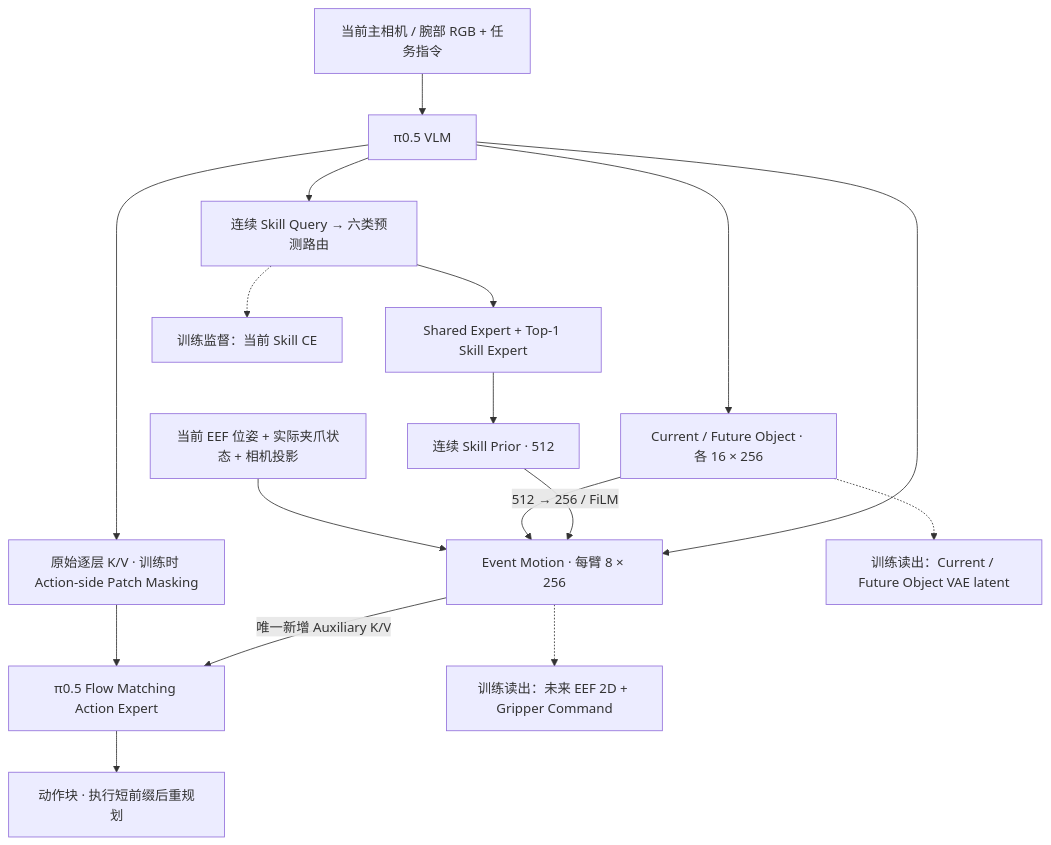
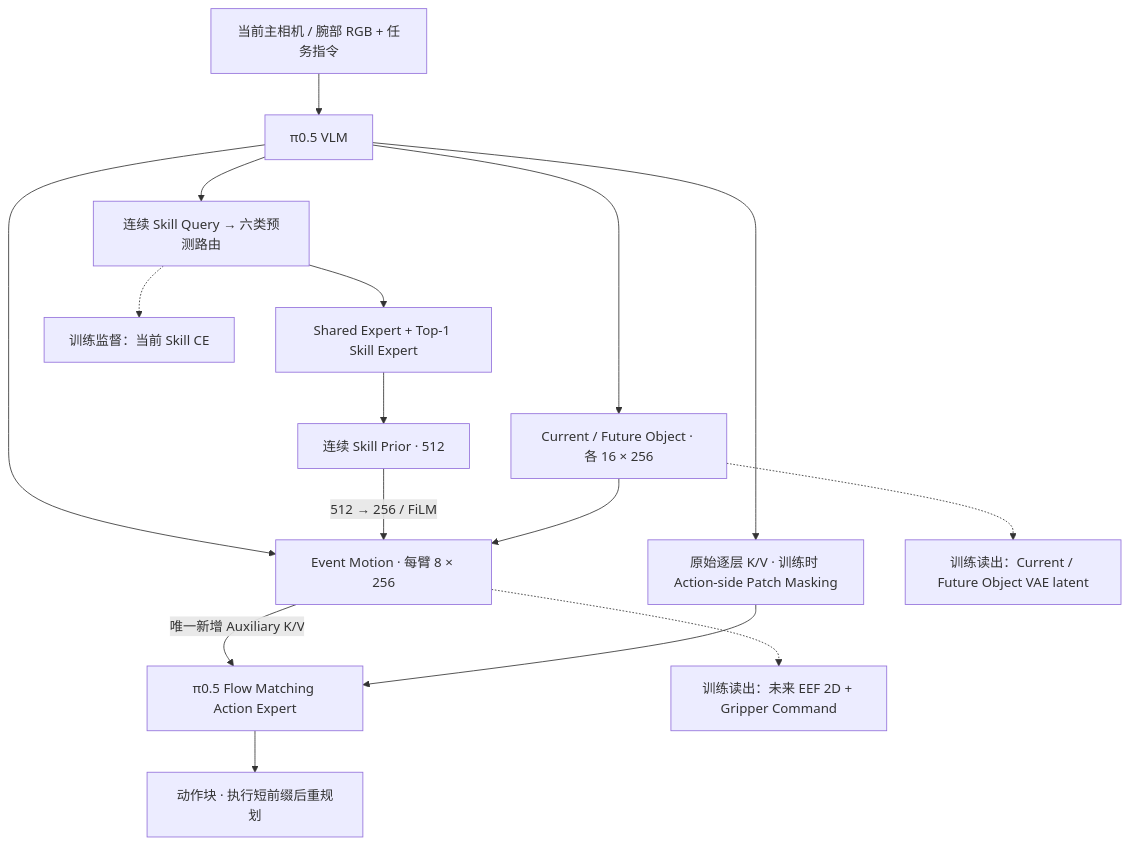
The diagram in docs/design.md (lyk-nju/ESkill-VLA), drawn with Mermaid before and after one commit. The commit also changed other lines of this file and 41 other files, not shown here.

```diff
--- a/docs/design.md
+++ b/docs/design.md
@@ -9,19 +9,18 @@
 ~~~mermaid
 flowchart TD
     O["当前主相机 / 腕部 RGB + 任务指令"] --> V["π0.5 VLM"]
     V --> S["连续 Skill Query → 六类预测路由"]
     S --> E["Shared Expert + Top-1 Skill Expert"]
     E --> P["连续 Skill Prior · 512"]
     V --> G["Current / Future Object · 各 16 × 256"]
     V --> M["Event Motion · 每臂 8 × 256"]
     P -->|"512 → 256 / FiLM"| M
     G --> M
-    R["当前 EEF 位姿 + 实际夹爪状态 + 相机投影"] --> M
     M -->|"唯一新增 Auxiliary K/V"| A["π0.5 Flow Matching Action Expert"]
     V --> K["原始逐层 K/V · 训练时 Action-side Patch Masking"]
     K --> A
     A --> U["动作块 · 执行短前缀后重规划"]
     M -.-> X["训练读出：未来 EEF 2D + Gripper Command"]
     G -.-> Y["训练读出：Current / Future Object VAE latent"]
     S -.-> C["训练监督：当前 Skill CE"]
 ~~~
```
